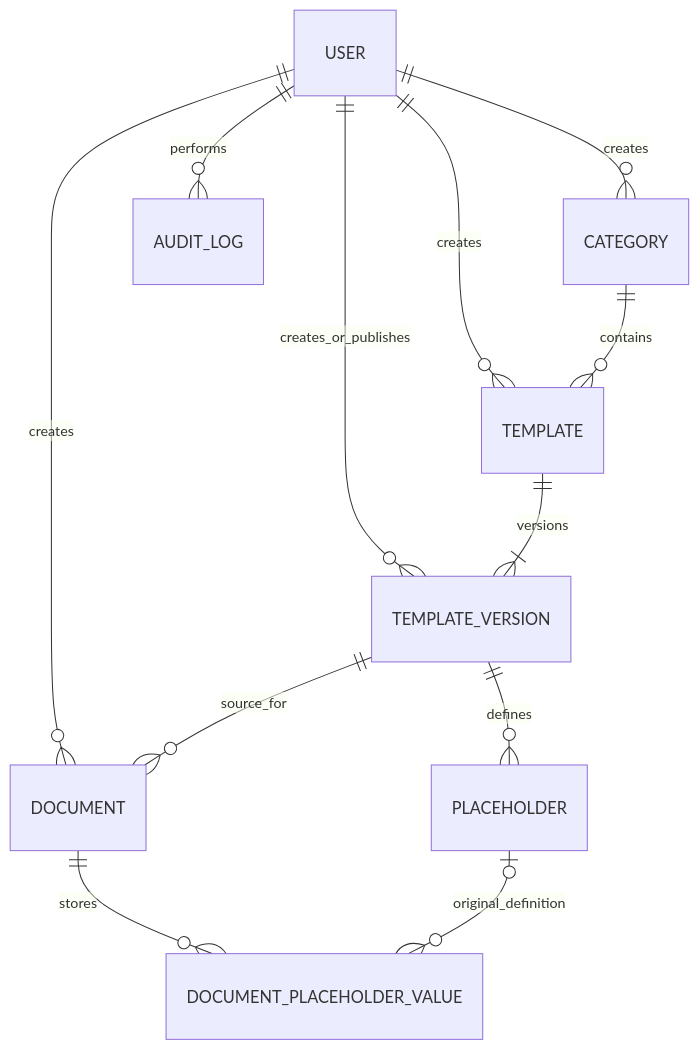
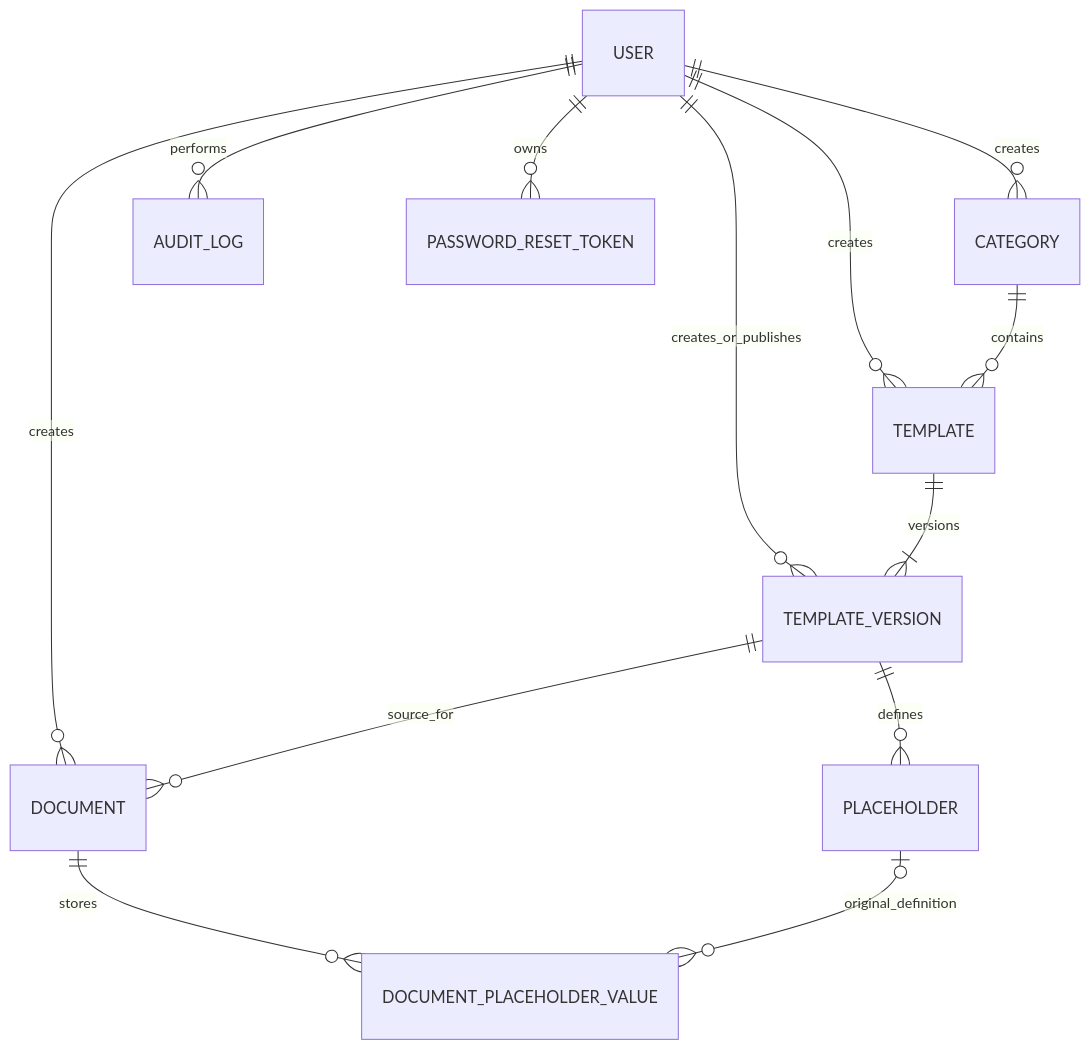
The second of 3 diagrams in docs/ARCHITECTURE.md (keithz23/ood-document-template-system), drawn with Mermaid before and after one commit. The commit also changed other lines of this file and 57 other files, not shown here.

````diff
--- a/docs/ARCHITECTURE.md
+++ b/docs/ARCHITECTURE.md
@@ -35,14 +35,15 @@
 ```mermaid
 erDiagram
     USER ||--o{ CATEGORY : creates
     USER ||--o{ TEMPLATE : creates
     USER ||--o{ TEMPLATE_VERSION : creates_or_publishes
     USER ||--o{ DOCUMENT : creates
     USER ||--o{ AUDIT_LOG : performs
+    USER ||--o{ PASSWORD_RESET_TOKEN : owns
     CATEGORY ||--o{ TEMPLATE : contains
     TEMPLATE ||--|{ TEMPLATE_VERSION : versions
     TEMPLATE_VERSION ||--o{ PLACEHOLDER : defines
     TEMPLATE_VERSION ||--o{ DOCUMENT : source_for
     DOCUMENT ||--o{ DOCUMENT_PLACEHOLDER_VALUE : stores
     PLACEHOLDER o|--o{ DOCUMENT_PLACEHOLDER_VALUE : original_definition
 ```
````
